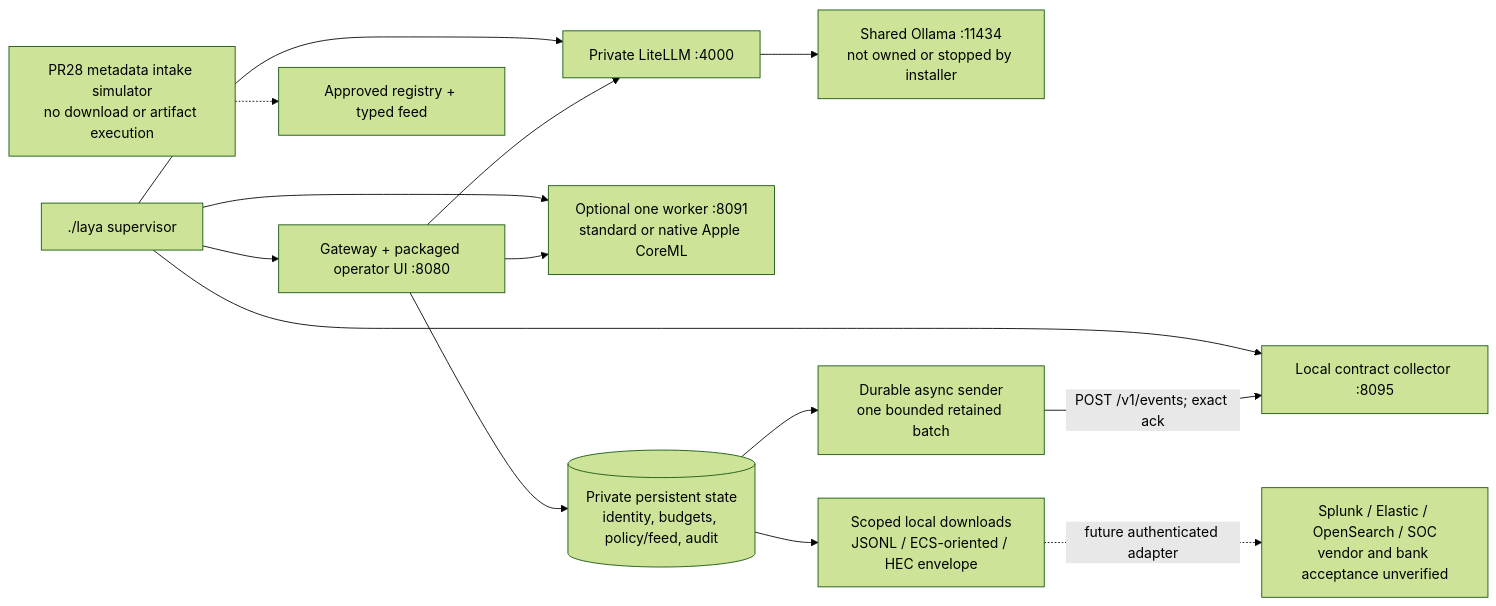
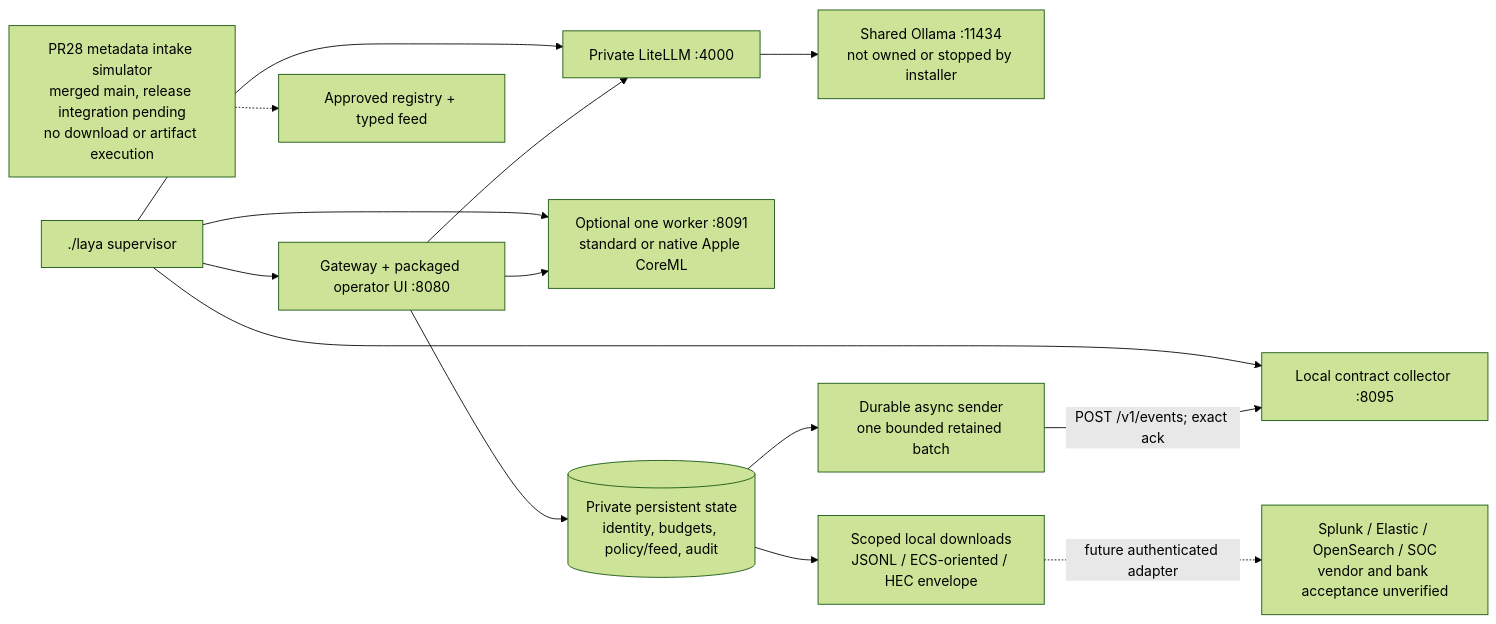
The second of 3 diagrams in docs/architecture.md (bsisduck/laya-layer), drawn with Mermaid (forest theme) before and after one commit. The commit also changed other lines of this file and 18 other files, not shown here.

````diff
--- a/docs/architecture.md
+++ b/docs/architecture.md
@@ -63,23 +63,24 @@
 ```mermaid
 flowchart LR
     Launcher["./laya supervisor"] --> Gateway["Gateway + packaged operator UI :8080"]
     Launcher --> Proxy["Private LiteLLM :4000"]
     Launcher --> Collector["Local contract collector :8095"]
     Launcher --> Worker["Optional one worker :8091
 standard or native Apple CoreML"]
     Gateway --> Proxy
     Gateway --> Worker
     Proxy --> Gen["Shared Ollama :11434
 not owned or stopped by installer"]
     Gateway --> State[("Private persistent state
 identity, budgets, policy/feed, audit")]
     State --> Sender["Durable async sender
 one bounded retained batch"]
     Sender -->|"POST /v1/events; exact ack"| Collector
     State --> Files["Scoped local downloads
 JSONL / ECS-oriented / HEC envelope"]
     Files -. "future authenticated adapter" .-> SIEM["Splunk / Elastic / OpenSearch / SOC
 vendor and bank acceptance unverified"]
     Intake["PR28 metadata intake simulator
+merged main, release integration pending
 no download or artifact execution"] -.-> Rules["Approved registry + typed feed"]
 ```
````
